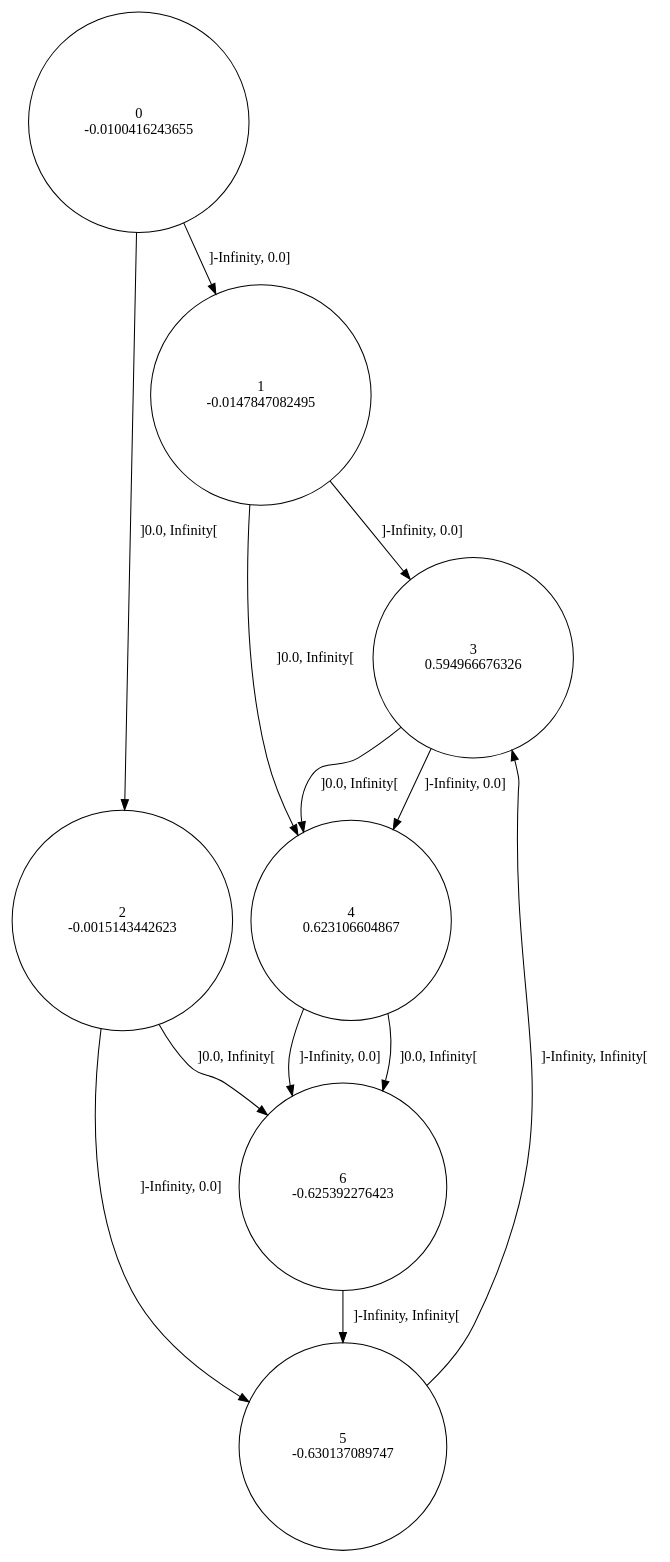
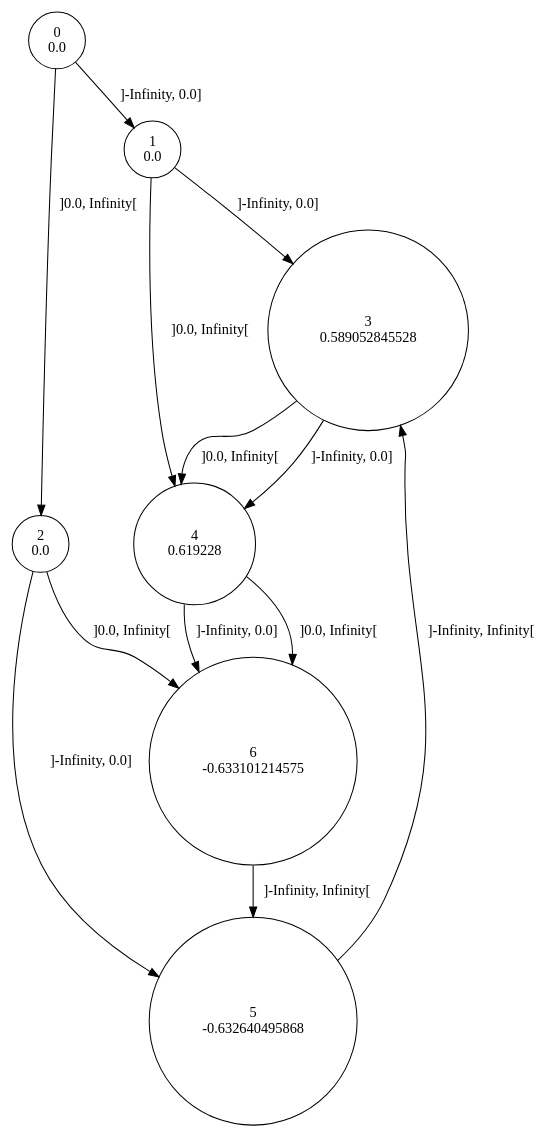
One commit to gllpellegrino/RAI_experiments changed the diagram in sinus/data/8/rtisy.dot. Above: the diagram before and after it, drawn with Graphviz. The commit also changed 148 other files, not shown here.

```diff
--- a/sinus/data/8/rtisy.dot
+++ b/sinus/data/8/rtisy.dot
@@ -1,21 +1,21 @@
 digraph a {
-0 [shape=circle, label="0\n-0.0100416243655"];
+0 [shape=circle, label="0\n0.0"];
 	0 -> 1 [label="]-Infinity, 0.0]"];
 	0 -> 2 [label="]0.0, Infinity["];
-1 [shape=circle, label="1\n-0.0147847082495"];
+1 [shape=circle, label="1\n0.0"];
 	1 -> 3 [label="]-Infinity, 0.0]"];
 	1 -> 4 [label="]0.0, Infinity["];
-2 [shape=circle, label="2\n-0.0015143442623"];
+2 [shape=circle, label="2\n0.0"];
 	2 -> 5 [label="]-Infinity, 0.0]"];
 	2 -> 6 [label="]0.0, Infinity["];
-3 [shape=circle, label="3\n0.594966676326"];
+3 [shape=circle, label="3\n0.589052845528"];
 	3 -> 4 [label="]-Infinity, 0.0]"];
 	3 -> 4 [label="]0.0, Infinity["];
-4 [shape=circle, label="4\n0.623106604867"];
+4 [shape=circle, label="4\n0.619228"];
 	4 -> 6 [label="]-Infinity, 0.0]"];
 	4 -> 6 [label="]0.0, Infinity["];
-5 [shape=circle, label="5\n-0.630137089747"];
+5 [shape=circle, label="5\n-0.632640495868"];
 	5 -> 3 [label="]-Infinity, Infinity["];
-6 [shape=circle, label="6\n-0.625392276423"];
+6 [shape=circle, label="6\n-0.633101214575"];
 	6 -> 5 [label="]-Infinity, Infinity["];
 }
```
